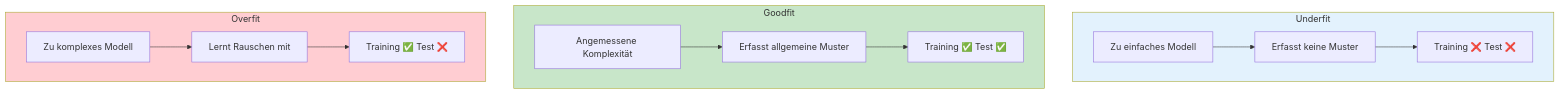
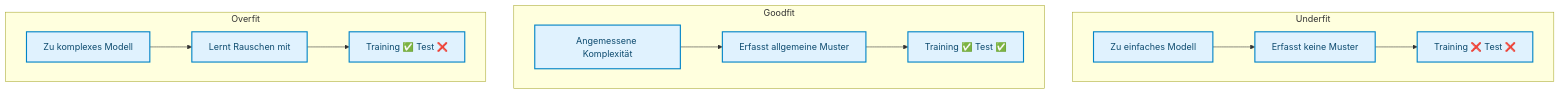
One commit to ralf-42/ML_Intro changed the second of 7 diagrams in docs/concepts/evaluate/overfitting.md. Above: the diagram before and after it, drawn with Mermaid. The commit also changed other lines of this file and 67 other files, not shown here.

````diff
--- a/docs/concepts/evaluate/overfitting.md
+++ b/docs/concepts/evaluate/overfitting.md
@@ -62,27 +65,25 @@
 ```mermaid
 flowchart TD
     subgraph underfit["Underfit"]
         U1["Zu einfaches Modell"]
         U2["Erfasst keine Muster"]
         U3["Training ❌ Test ❌"]
         U1 --> U2 --> U3
     end
     
     subgraph goodfit["Goodfit"]
         G1["Angemessene Komplexität"]
         G2["Erfasst allgemeine Muster"]
         G3["Training ✅ Test ✅"]
         G1 --> G2 --> G3
     end
     
     subgraph overfit["Overfit"]
         O1["Zu komplexes Modell"]
         O2["Lernt Rauschen mit"]
         O3["Training ✅ Test ❌"]
         O1 --> O2 --> O3
     end
-    
-    style underfit fill:#e3f2fd
-    style goodfit fill:#c8e6c9
-    style overfit fill:#ffcdd2
+
+    classDef default fill:#e0f2fe,stroke:#0284c7,stroke-width:2px,color:#0c4a6e;
 ```
````
